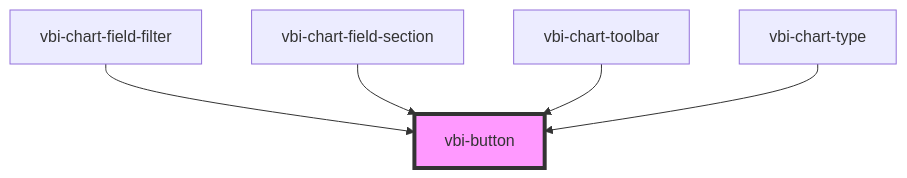
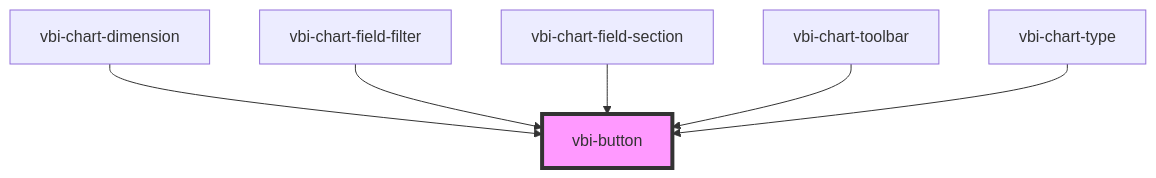
Before and after one commit to Ditto190/VBI-modme: the diagram in packages/vbi-component/src/components/ui/vbi-button/readme.md, drawn with Mermaid. The commit also changed other lines of this file and 10 other files, not shown here.

````diff
--- a/packages/vbi-component/src/components/ui/vbi-button/readme.md
+++ b/packages/vbi-component/src/components/ui/vbi-button/readme.md
@@ -29,8 +30,9 @@
 ```mermaid
 graph TD;
+  vbi-chart-dimension --> vbi-button
   vbi-chart-field-filter --> vbi-button
   vbi-chart-field-section --> vbi-button
   vbi-chart-toolbar --> vbi-button
   vbi-chart-type --> vbi-button
   style vbi-button fill:#f9f,stroke:#333,stroke-width:4px
 ```
````
